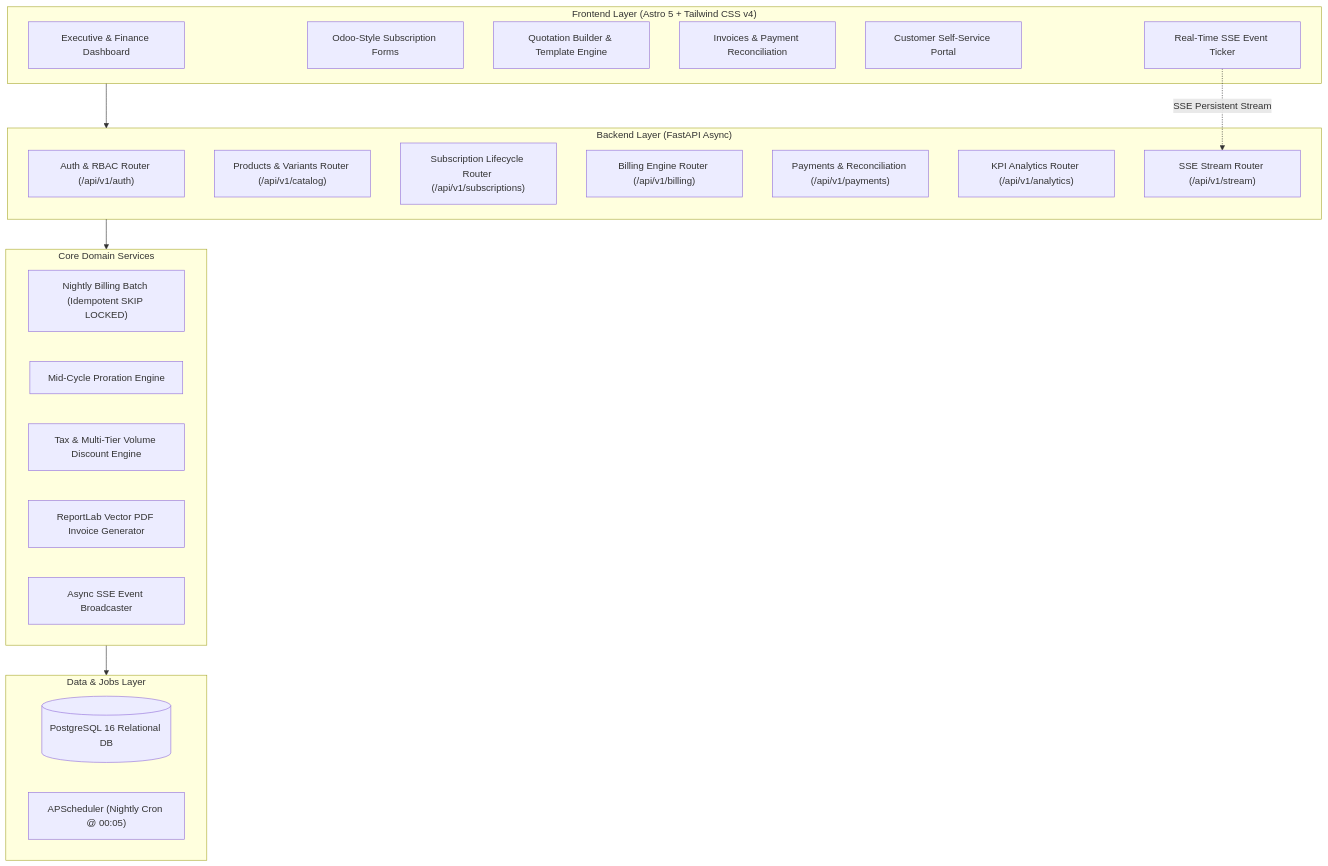
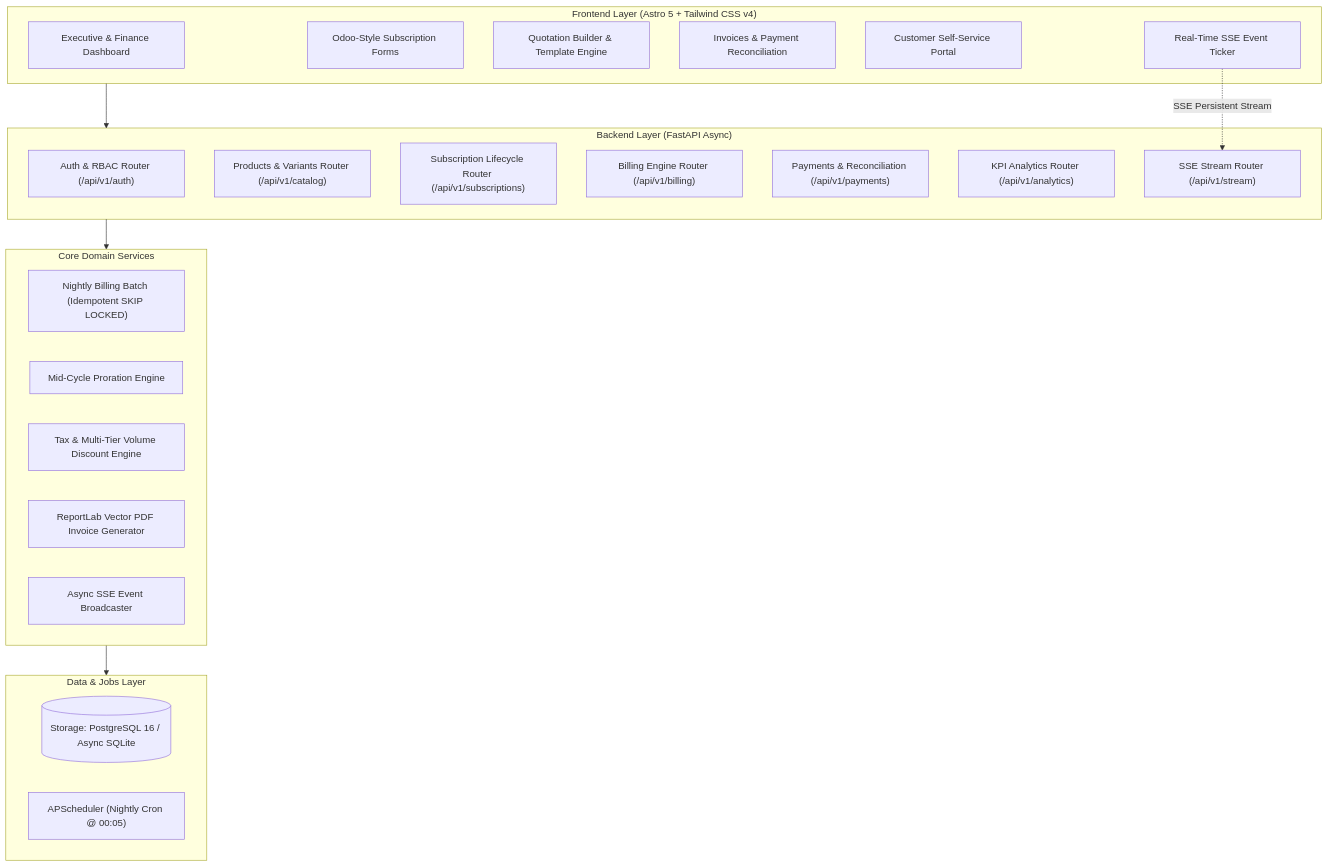
The first of 2 diagrams in README.md (richard-pius/oddo-hackathon-solution), drawn with Mermaid before and after one commit. The commit also changed other lines of this file and 1 other file, not shown here.

````diff
--- a/README.md
+++ b/README.md
@@ -26,39 +28,39 @@
 ```mermaid
 graph TB
     subgraph Client["Frontend Layer (Astro 5 + Tailwind CSS v4)"]
         Dashboard["Executive & Finance Dashboard"]
         SubMgmt["Odoo-Style Subscription Forms"]
         QuoteWiz["Quotation Builder & Template Engine"]
         InvLedger["Invoices & Payment Reconciliation"]
         CustPortal["Customer Self-Service Portal"]
         SSEListener["Real-Time SSE Event Ticker"]
     end
 
     subgraph API["Backend Layer (FastAPI Async)"]
         AuthRouter["Auth & RBAC Router (/api/v1/auth)"]
         CatalogRouter["Products & Variants Router (/api/v1/catalog)"]
         SubRouter["Subscription Lifecycle Router (/api/v1/subscriptions)"]
         BillingRouter["Billing Engine Router (/api/v1/billing)"]
         PaymentRouter["Payments & Reconciliation (/api/v1/payments)"]
         AnalyticsRouter["KPI Analytics Router (/api/v1/analytics)"]
         StreamRouter["SSE Stream Router (/api/v1/stream)"]
     end
 
     subgraph Engines["Core Domain Services"]
         BillingEng["Nightly Billing Batch (Idempotent SKIP LOCKED)"]
         ProrateEng["Mid-Cycle Proration Engine"]
         TaxDiscEng["Tax & Multi-Tier Volume Discount Engine"]
         ReportLabPDF["ReportLab Vector PDF Invoice Generator"]
         EventBroadcaster["Async SSE Event Broadcaster"]
     end
 
     subgraph Storage["Data & Jobs Layer"]
-        Postgres[("PostgreSQL 16 Relational DB")]
+        DB[("Storage: PostgreSQL 16 / Async SQLite")]
         Scheduler["APScheduler (Nightly Cron @ 00:05)"]
     end
 
     Client --> API
     API --> Engines
     Engines --> Storage
     SSEListener -.->|SSE Persistent Stream| StreamRouter
 ```
````
